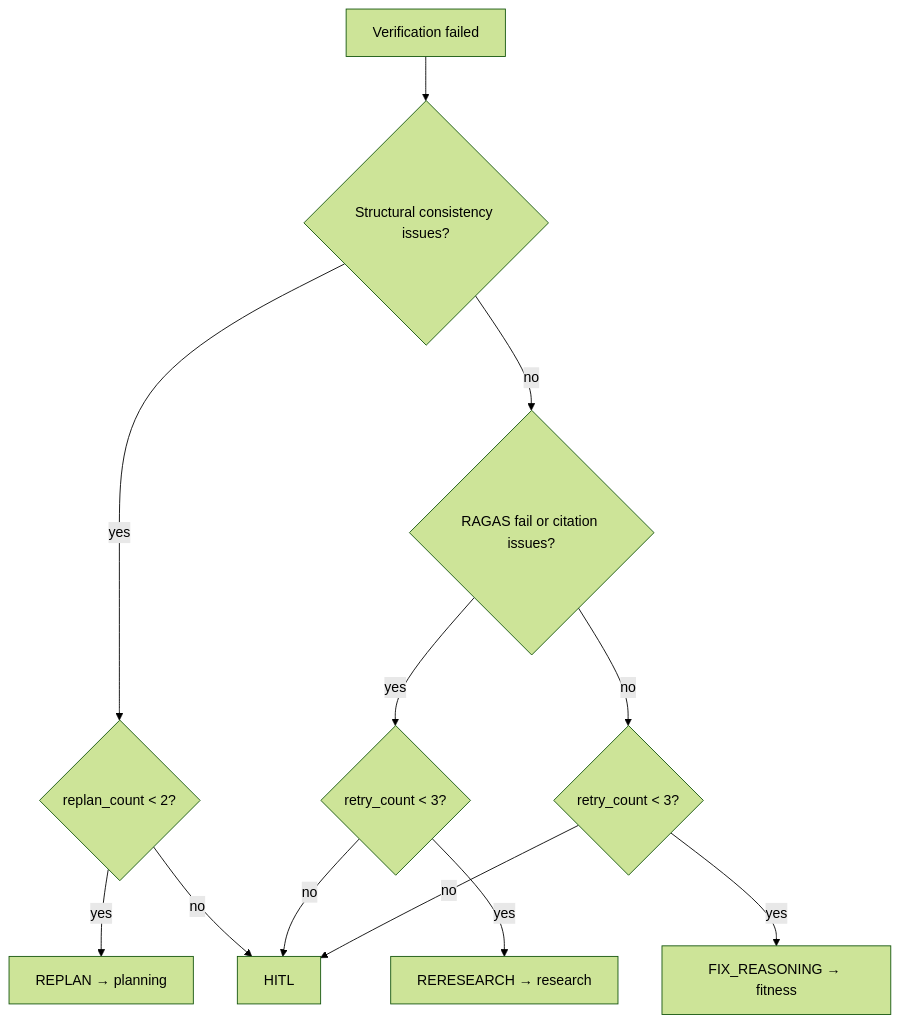
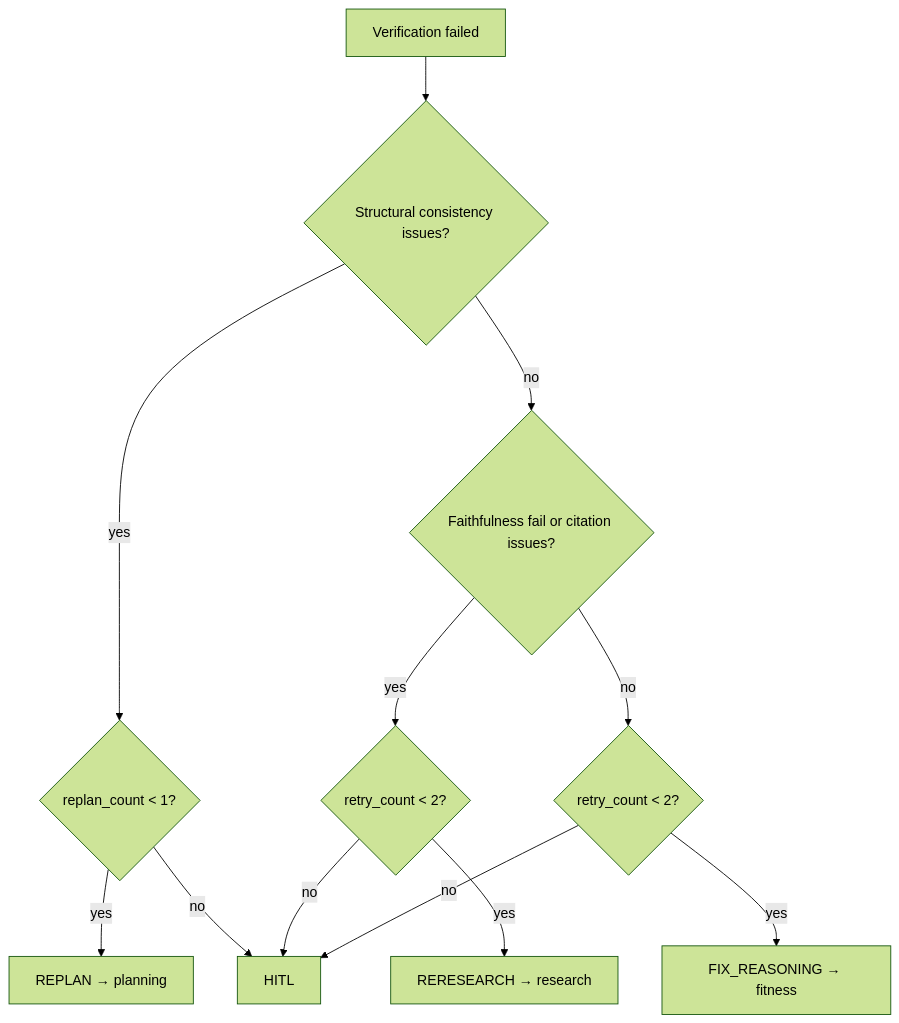
One commit to hoanhoang-agilityio/Assistant-Learning changed the second of 2 diagrams in src/docs/agents/supervisor.md. Above: the diagram before and after it, drawn with Mermaid (forest theme). The commit also changed other lines of this file and 1 other file, not shown here.

Commit message:
docs: update supervisor workflow for replan and rejection routing

````diff
--- a/src/docs/agents/supervisor.md
+++ b/src/docs/agents/supervisor.md
@@ -117,14 +117,14 @@
 ```mermaid
 flowchart TD
     failed[Verification failed] --> structural{Structural consistency issues?}
-    structural -->|yes| replan{replan_count < 2?}
+    structural -->|yes| replan{replan_count < 1?}
     replan -->|yes| REPLAN[REPLAN → planning]
     replan -->|no| HITL[HITL]
-    structural -->|no| evidence{RAGAS fail or citation issues?}
-    evidence -->|yes| reresearch{retry_count < 3?}
+    structural -->|no| evidence{Faithfulness fail or citation issues?}
+    evidence -->|yes| reresearch{retry_count < 2?}
     reresearch -->|yes| RERESEARCH[RERESEARCH → research]
     reresearch -->|no| HITL
-    evidence -->|no| fix{retry_count < 3?}
+    evidence -->|no| fix{retry_count < 2?}
     fix -->|yes| FIX[FIX_REASONING → fitness]
     fix -->|no| HITL
 ```
````
